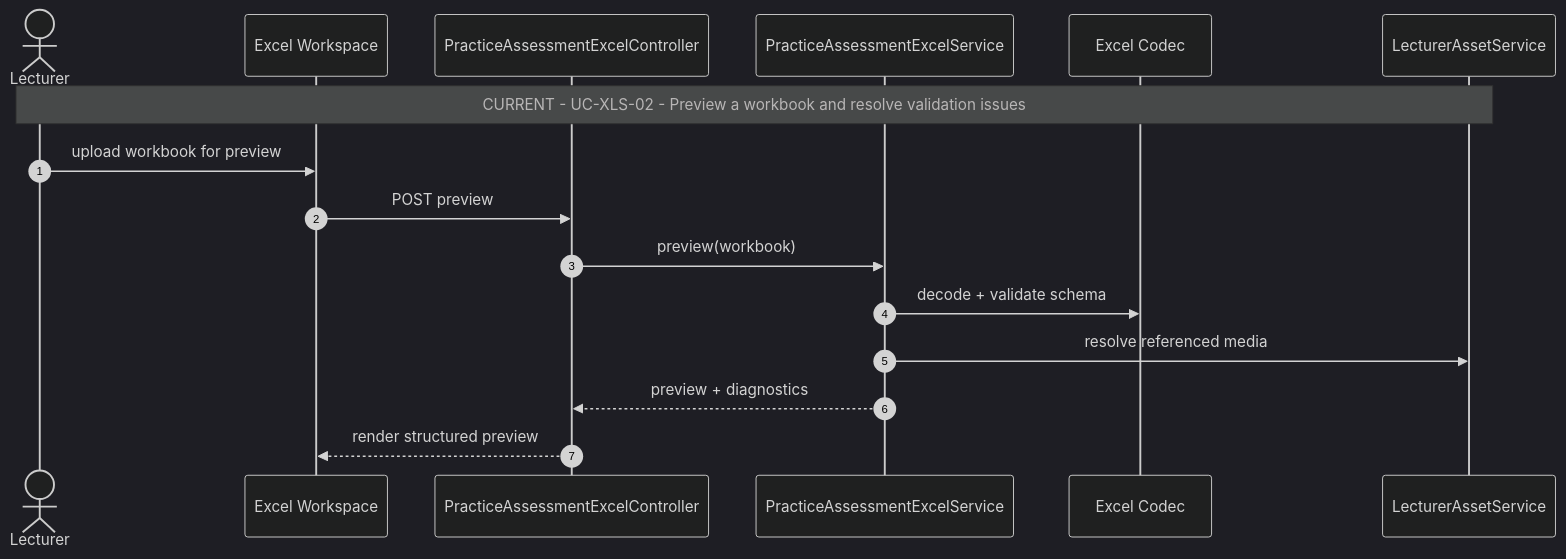
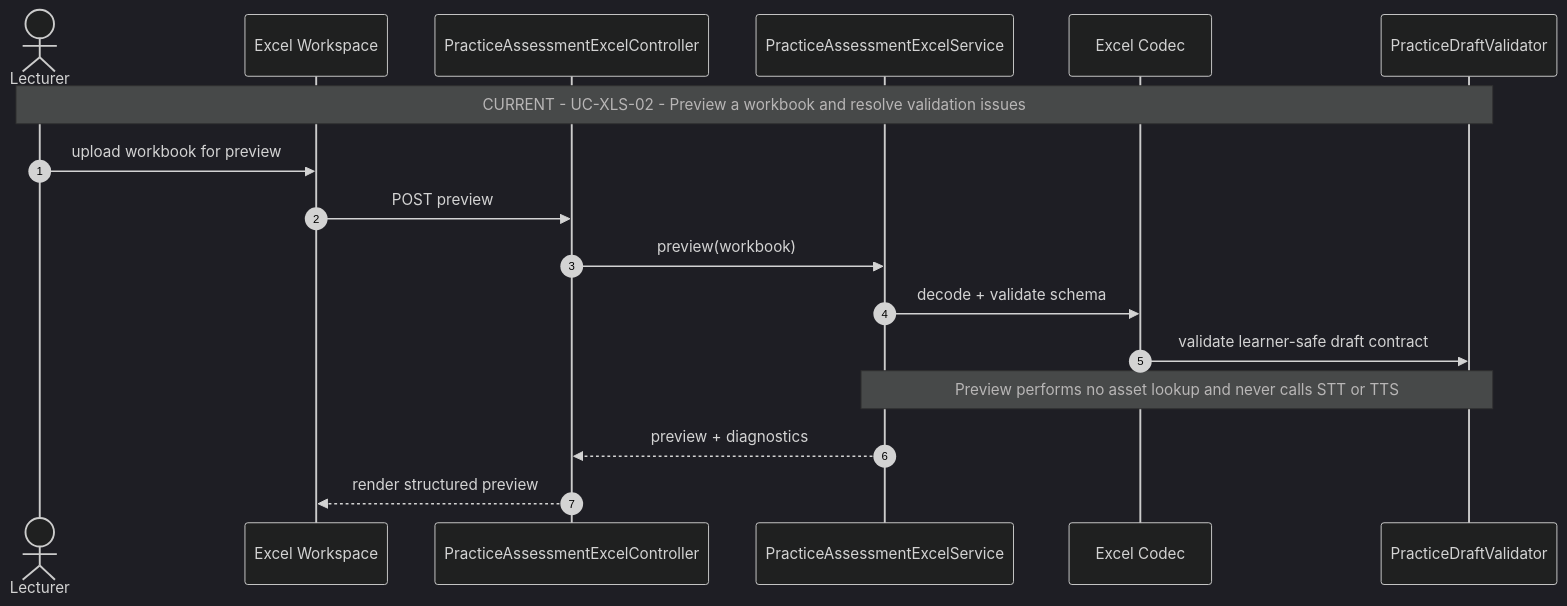
One commit to toannnnq1424/KoreanStudyHub changed the fifth of 31 diagrams in docs/architecture/practice/mermaid/KSH_PRACTICE_SEQUENCE_DIAGRAMS.md. Above: the diagram before and after it, drawn with Mermaid (dark theme). The commit also changed other lines of this file and 3 other files, not shown here.

Commit message:
docs(practice): record the validated 13C3 architecture

````diff
--- a/docs/architecture/practice/mermaid/KSH_PRACTICE_SEQUENCE_DIAGRAMS.md
+++ b/docs/architecture/practice/mermaid/KSH_PRACTICE_SEQUENCE_DIAGRAMS.md
@@ -113,18 +113,19 @@
 ```mermaid
 sequenceDiagram
     autonumber
     actor P01 as Lecturer
     participant P02 as Excel Workspace
     participant P03 as PracticeAssessmentExcelController
     participant P04 as PracticeAssessmentExcelService
     participant P05 as Excel Codec
-    participant P06 as LecturerAssetService
+    participant P06 as PracticeDraftValidator
     Note over P01,P06: CURRENT - UC-XLS-02 - Preview a workbook and resolve validation issues
     P01->>P02: upload workbook for preview
     P02->>P03: POST preview
     P03->>P04: preview(workbook)
     P04->>P05: decode + validate schema
-    P04->>P06: resolve referenced media
+    P05->>P06: validate learner-safe draft contract
+    Note over P04,P06: Preview performs no asset lookup and never calls STT or TTS
     P04-->>P03: preview + diagnostics
     P03-->>P02: render structured preview
 ```
````
